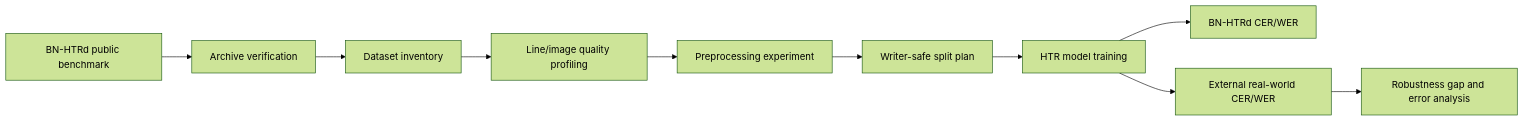
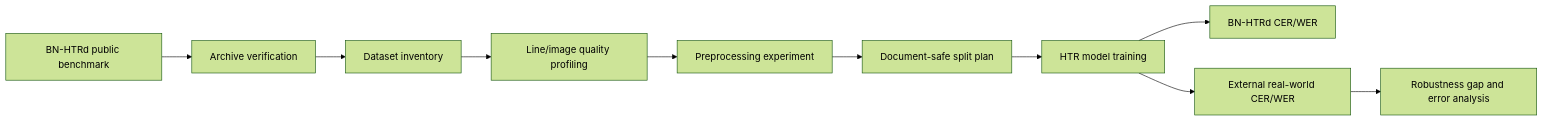
One commit to Seyamalam/atika-bangla-htr-robustness changed the first of 2 diagrams in README.md. Above: the diagram before and after it, drawn with Mermaid (forest theme). The commit also changed other lines of this file and 2 other files, not shown here.

````diff
--- a/README.md
+++ b/README.md
@@ -35,12 +35,12 @@
 ```mermaid
 flowchart LR
     A[BN-HTRd public benchmark] --> B[Archive verification]
     B --> C[Dataset inventory]
     C --> D[Line/image quality profiling]
     D --> E[Preprocessing experiment]
-    E --> F[Writer-safe split plan]
+    E --> F[Document-safe split plan]
     F --> G[HTR model training]
     G --> H[BN-HTRd CER/WER]
     G --> I[External real-world CER/WER]
     I --> J[Robustness gap and error analysis]
 ```
````
